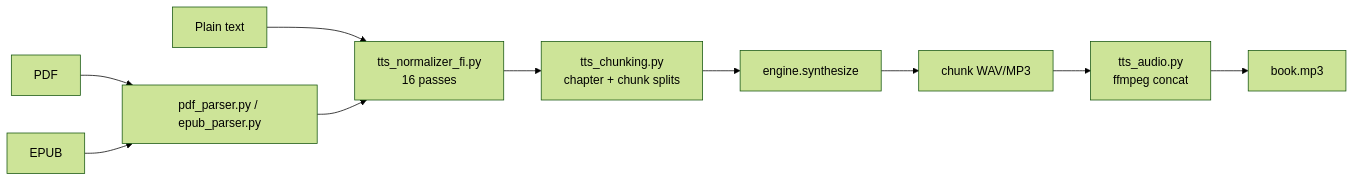
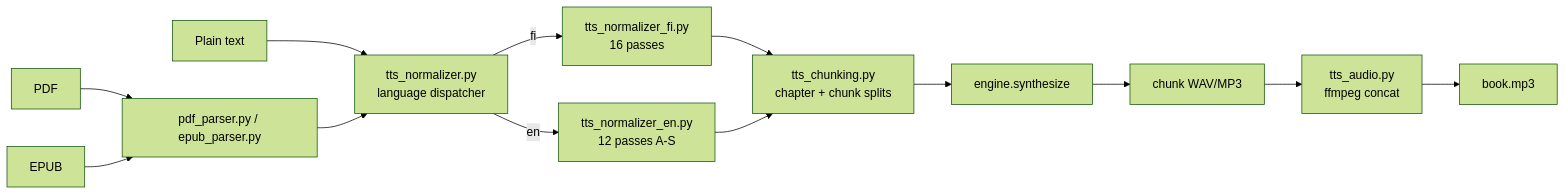
The fourth of 6 diagrams in docs/ARCHITECTURE.md (MikkoNumminen/AudiobookMaker), drawn with Mermaid (forest theme) before and after one commit. The commit also changed other lines of this file, not shown here.

Commit message:
docs(architecture): refresh diagrams + file layout for English normalizer + Phase 2 + sidecar SHA-256

````diff
--- a/docs/ARCHITECTURE.md
+++ b/docs/ARCHITECTURE.md
@@ -103,12 +103,15 @@
 ```mermaid
 flowchart LR
     PDF[PDF] --> Parsers[pdf_parser.py / epub_parser.py]
     EPUB[EPUB] --> Parsers
-    Text[Plain text] --> Norm
-    Parsers --> Norm[tts_normalizer_fi.py<br/>16 passes]
-    Norm --> Chunker[tts_chunking.py<br/>chapter + chunk splits]
+    Text[Plain text] --> Disp
+    Parsers --> Disp[tts_normalizer.py<br/>language dispatcher]
+    Disp -->|fi| Fi[tts_normalizer_fi.py<br/>16 passes]
+    Disp -->|en| En[tts_normalizer_en.py<br/>12 passes A-S]
+    Fi --> Chunker[tts_chunking.py<br/>chapter + chunk splits]
+    En --> Chunker
     Chunker --> Engine[engine.synthesize]
     Engine --> Wav[chunk WAV/MP3]
     Wav --> Audio[tts_audio.py<br/>ffmpeg concat]
     Audio --> Final[book.mp3]
 ```
````
